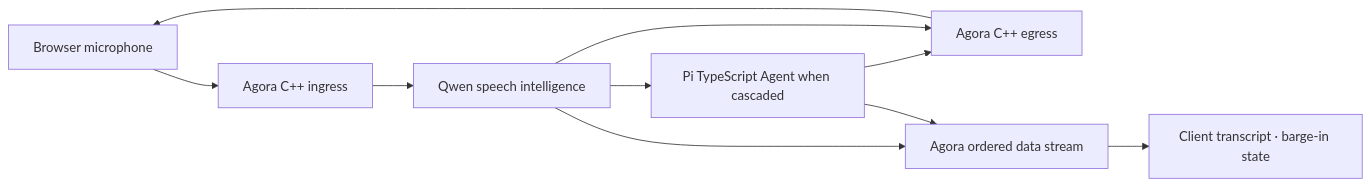
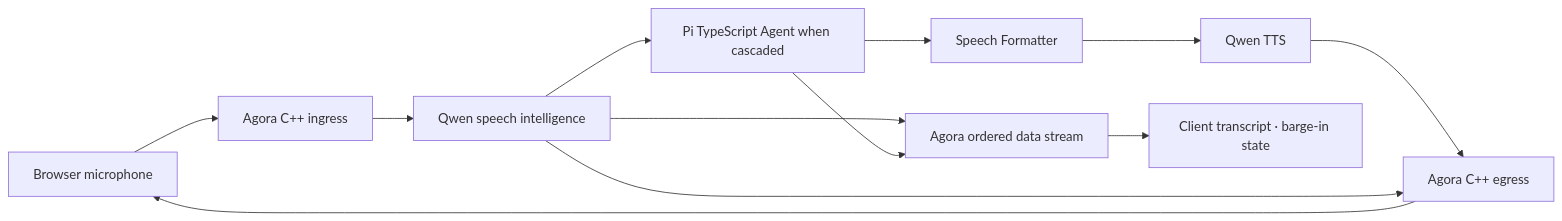
Before and after one commit to PiyotaHu/muxiva: the diagram in docs/site/en/index.md, drawn with Mermaid. The commit also changed other lines of this file and 24 other files, not shown here.

````diff
--- a/docs/site/en/index.md
+++ b/docs/site/en/index.md
@@ -26,12 +26,14 @@
 ```mermaid
 flowchart LR
     WEB["Browser microphone"] --> AGORA_IN["Agora C++ ingress"]
     AGORA_IN --> QWEN["Qwen speech intelligence"]
     QWEN --> PI["Pi TypeScript Agent when cascaded"]
-    PI --> AGORA_OUT["Agora C++ egress"]
+    PI --> FORMAT["Speech Formatter"]
+    FORMAT --> TTS["Qwen TTS"]
+    TTS --> AGORA_OUT["Agora C++ egress"]
     QWEN --> AGORA_OUT
     AGORA_OUT --> WEB
     QWEN --> DATA["Agora ordered data stream"]
     PI --> DATA
     DATA --> LIVE["Client transcript · barge-in state"]
 ```
````
